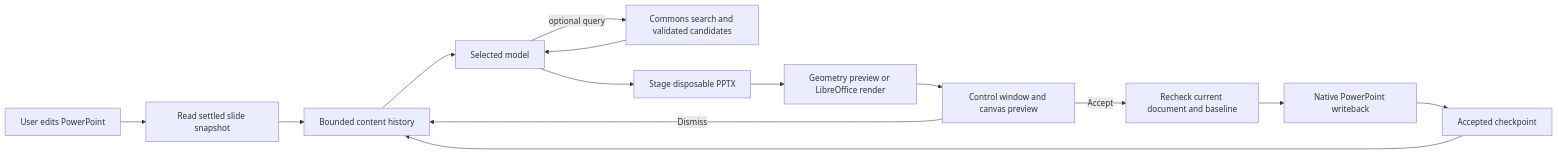
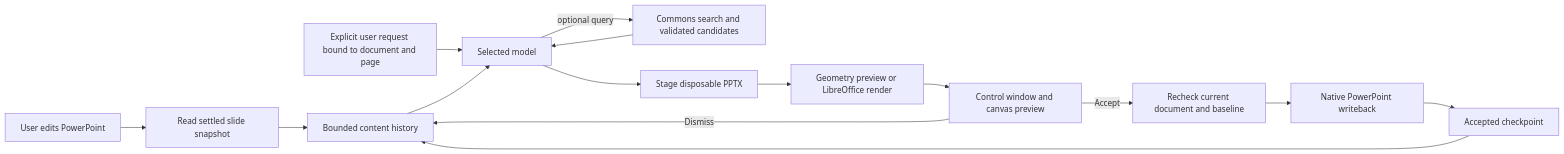
One commit to genalyu/ppt-cursor changed the diagram in docs/ARCHITECTURE.md. Above: the diagram before and after it, drawn with Mermaid. The commit also changed other lines of this file and 18 other files, not shown here.

````diff
--- a/docs/ARCHITECTURE.md
+++ b/docs/ARCHITECTURE.md
@@ -5,16 +5,17 @@
 ```mermaid
 flowchart LR
     U[User edits PowerPoint] --> S[Read settled slide snapshot]
+    I[Explicit user request bound to document and page] --> M
     S --> H[Bounded content history]
     H --> M[Selected model]
     M -->|optional query| W[Commons search and validated candidates]
     W --> M
     M --> P[Stage disposable PPTX]
     P --> R[Geometry preview or LibreOffice render]
     R --> V[Control window and canvas preview]
     V -->|Accept| B[Recheck current document and baseline]
     B --> N[Native PowerPoint writeback]
     N --> C[Accepted checkpoint]
     C --> H
     V -->|Dismiss| H
 ```
````
